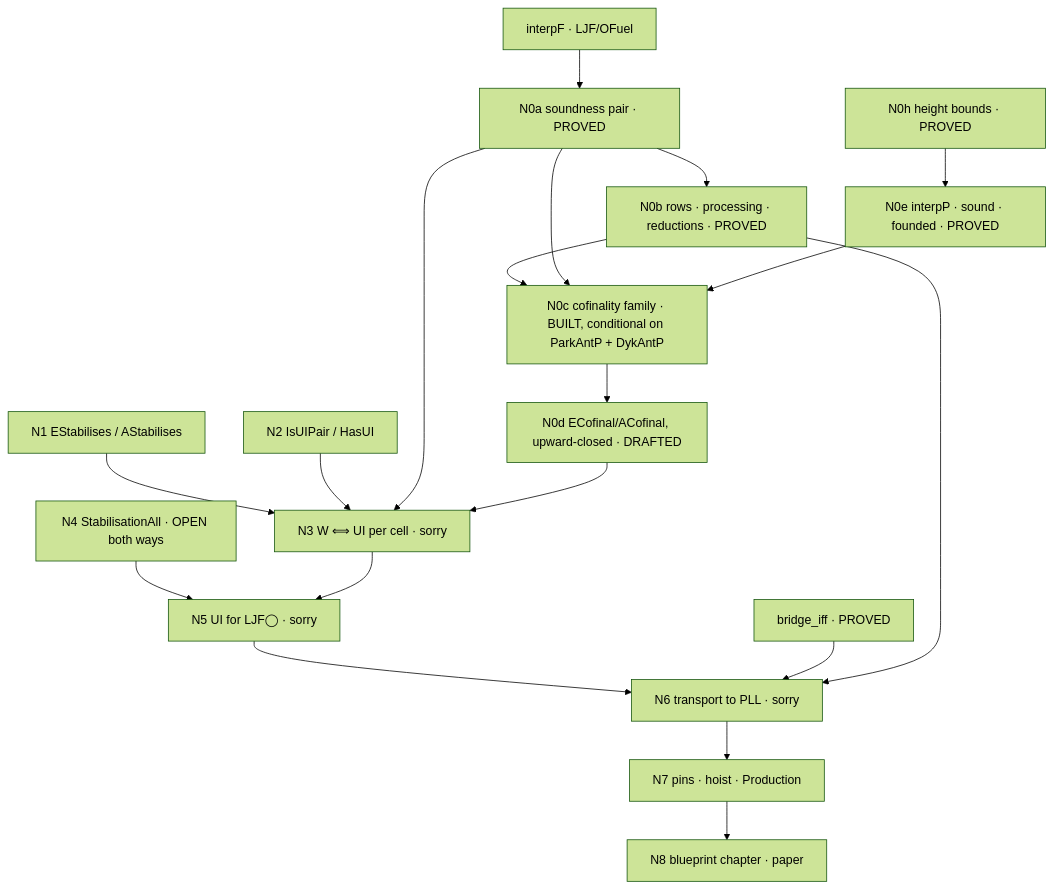
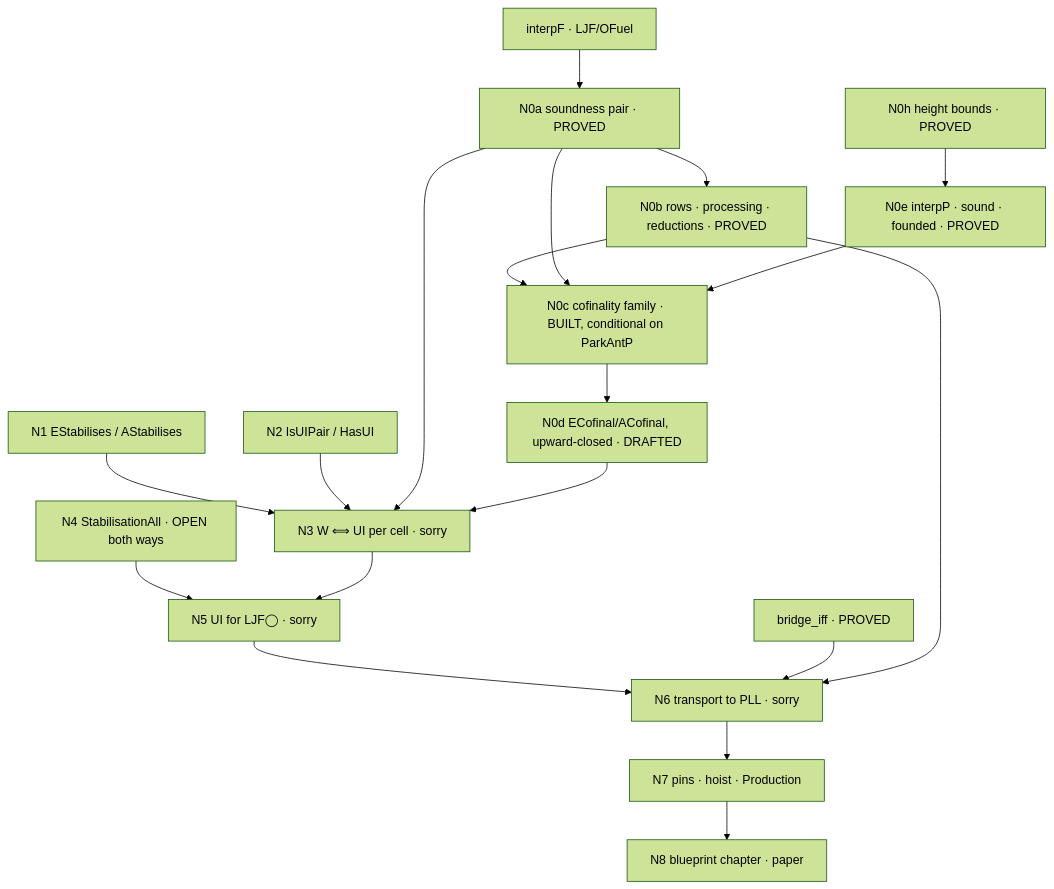
One commit to fairflow/lax-logic-in-lean changed the diagram in docs/ui-routeB-blueprint.md. Above: the diagram before and after it, drawn with Mermaid (forest theme). The commit also changed other lines of this file and 1 other file, not shown here.

First line of the commit message:
docs(ui): §4.16 — the Dyckhoff row fixed with soundness re-proved first; DykAntP withdrawn; the family conditional on ParkAntP alone; blueprint WP1a done, WP1b next

````diff
--- a/docs/ui-routeB-blueprint.md
+++ b/docs/ui-routeB-blueprint.md
@@ -79,21 +79,21 @@
 ```mermaid
 graph TD
   interpF[interpF · LJF/OFuel] --> N0a[N0a soundness pair · PROVED]
   N0a --> N0b[N0b rows · processing · reductions · PROVED]
-  N0b --> N0c[N0c cofinality family · BUILT, conditional on ParkAntP + DykAntP]
+  N0b --> N0c[N0c cofinality family · BUILT, conditional on ParkAntP]
   N0a --> N0c
   H[N0h height bounds · PROVED] --> N0e[N0e interpP · sound · founded · PROVED]
   N0e --> N0c
   N0c --> N0d[N0d ECofinal/ACofinal, upward-closed · DRAFTED]
   N1[N1 EStabilises / AStabilises] --> N3
   N2[N2 IsUIPair / HasUI] --> N3
   N0a --> N3[N3 W ⟺ UI per cell · sorry]
   N0d --> N3
   N4[N4 StabilisationAll · OPEN both ways] --> N5[N5 UI for LJF◯ · sorry]
   N3 --> N5
   N5 --> N6[N6 transport to PLL · sorry]
   B[bridge_iff · PROVED] --> N6
   N0b --> N6
   N6 --> N7[N7 pins · hoist · Production]
   N7 --> N8[N8 blueprint chapter · paper]
 ```
````
